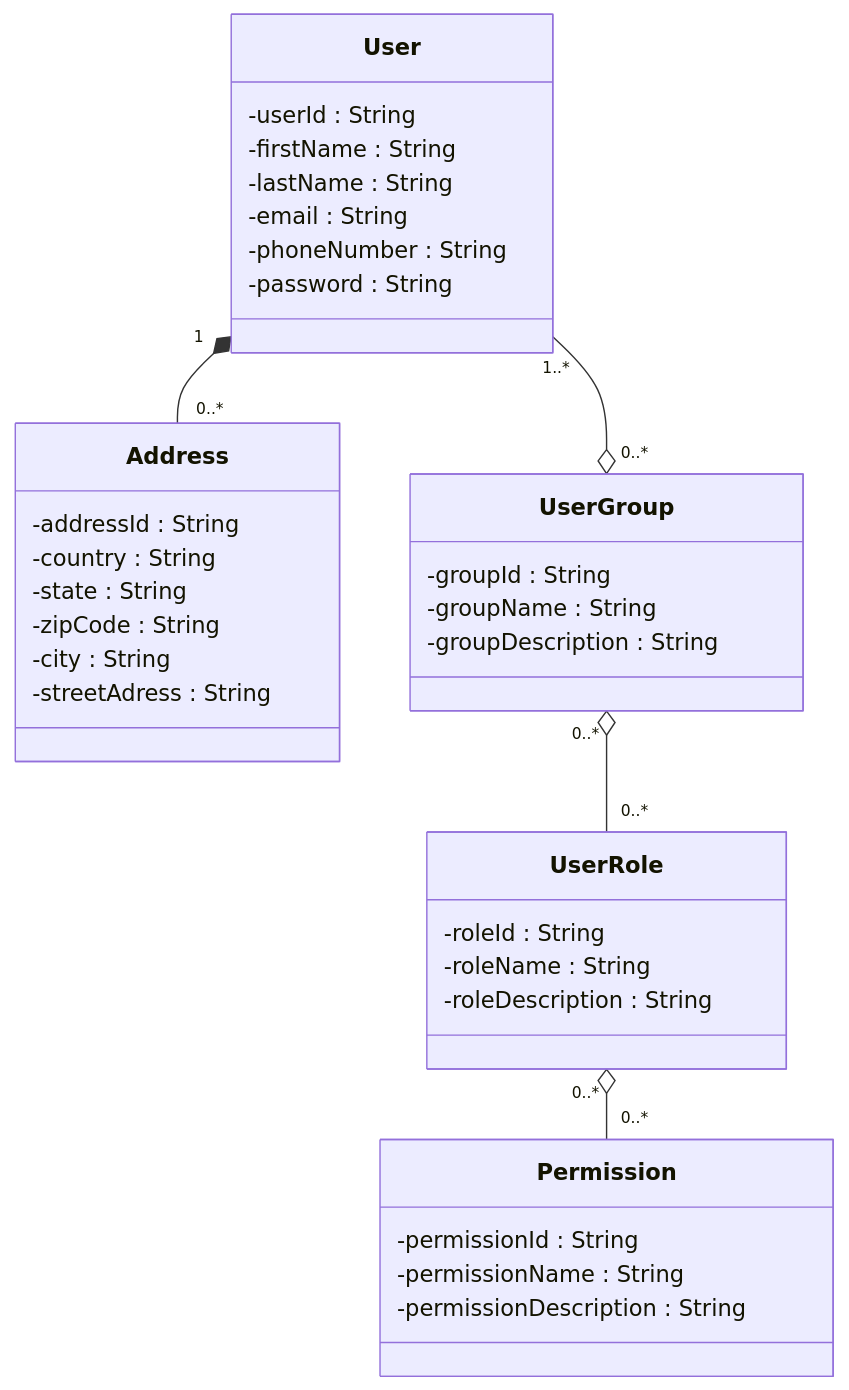
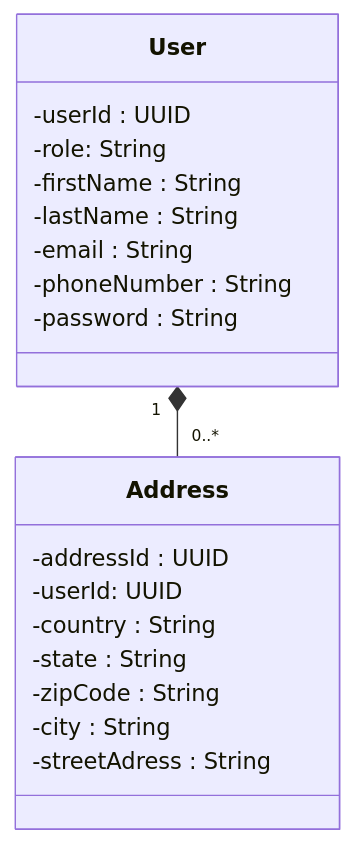
The third of 6 diagrams in documentation/user_management_service/user_management_service.md (fruzsina-banyai/webshop), drawn with Mermaid before and after one commit. The commit also changed other lines of this file, not shown here.

Commit message:
Update user_management_service.md to be accurate to the base of the application

````diff
--- a/documentation/user_management_service/user_management_service.md
+++ b/documentation/user_management_service/user_management_service.md
@@ -24,39 +21,23 @@
 ```mermaid
 classDiagram
     User "1" *-- "0..*" Address
-    User "1..*" --o "0..*" UserGroup
-    UserGroup "0..*" o-- "0..*" UserRole
-    UserRole "0..*" o-- "0..*" Permission
     class User {
-        -userId : String
+        -userId : UUID
+        -role: String
         -firstName : String
         -lastName : String
         -email : String
         -phoneNumber : String
         -password : String
     }
     class Address {
-        -addressId : String
+        -addressId : UUID
+        -userId: UUID
         -country : String
         -state : String
         -zipCode : String
         -city : String
-        -streetAdress : String
-    }
-    class UserGroup {
-        -groupId : String
-        -groupName : String
-        -groupDescription : String
-    }
-    class UserRole {
-        -roleId : String
-        -roleName : String
-        -roleDescription : String
-    }
-    class Permission {
-        -permissionId : String
-        -permissionName : String
-        -permissionDescription : String
+        -streetAdress : String     
     }
 
 ```
````
